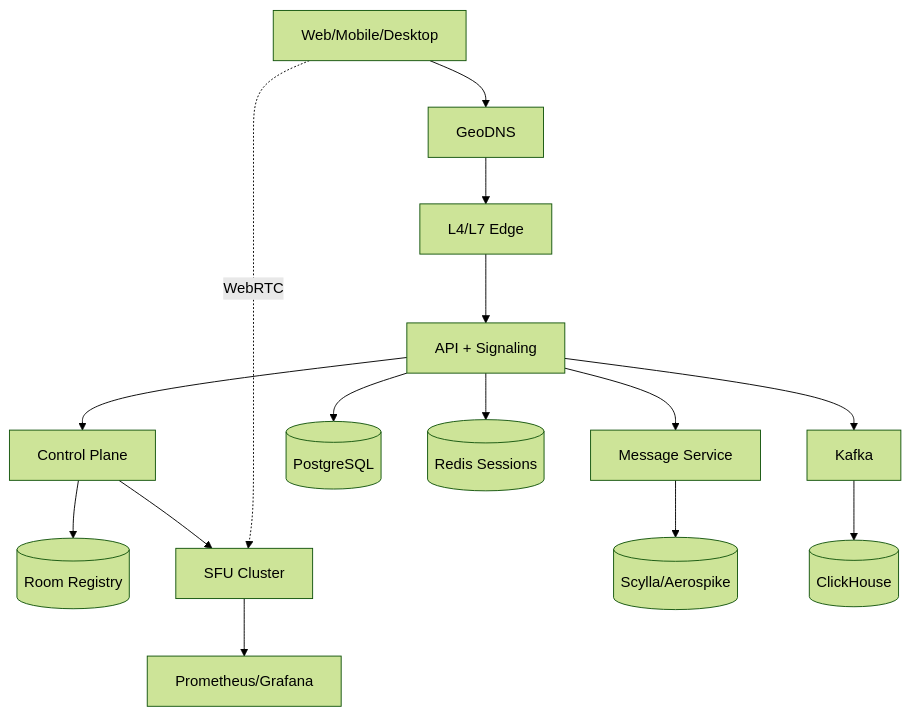
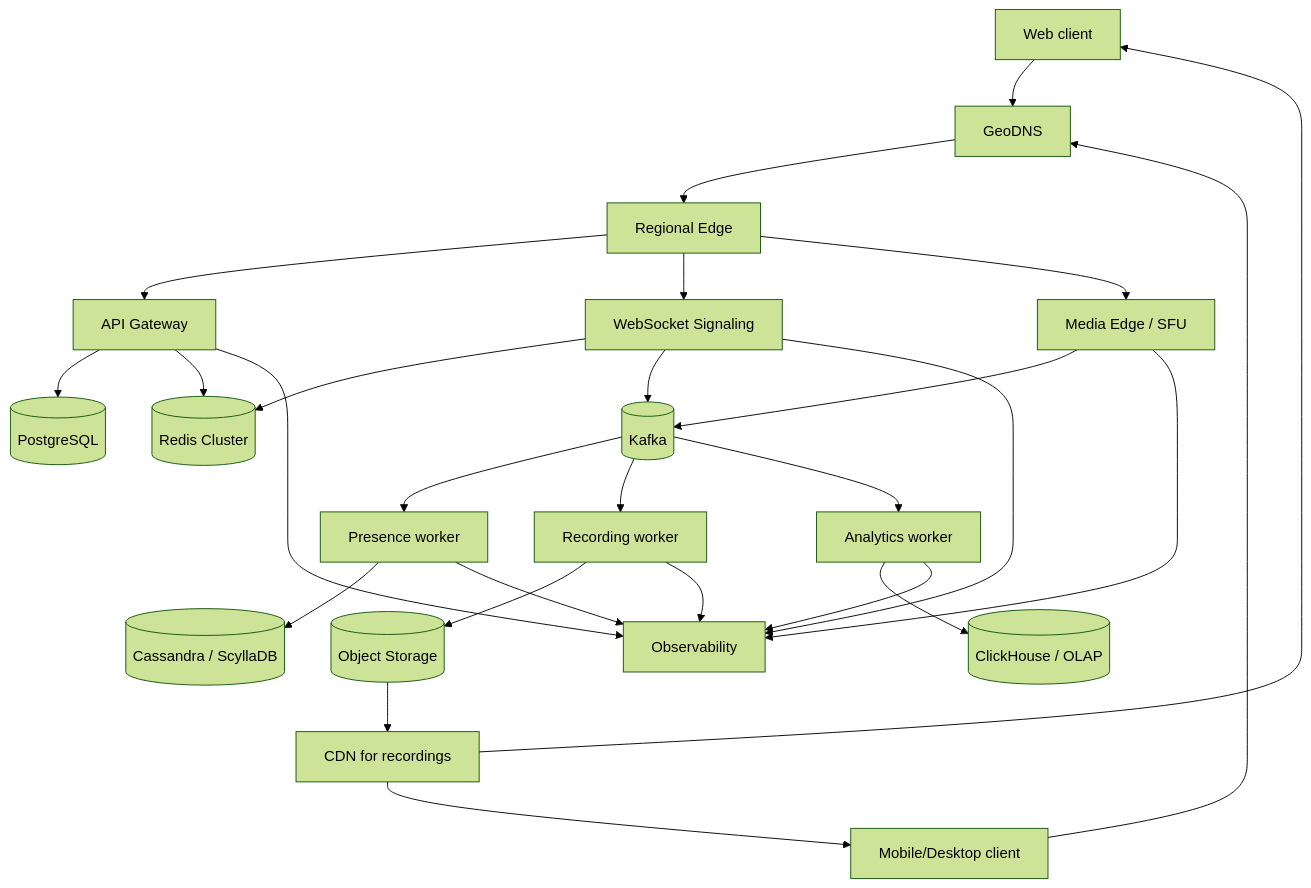
One commit to Danykrane/system_design changed the sixth of 6 diagrams in README.md. Above: the diagram before and after it, drawn with Mermaid (forest theme). The commit also changed other lines of this file and 19 other files, not shown here.

````diff
--- a/README.md
+++ b/README.md
@@ -261,17 +720,35 @@
 ```mermaid
 graph TB
-    U[Web/Mobile/Desktop] --> DNS[GeoDNS]
-    DNS --> EDGE[L4/L7 Edge]
-    EDGE --> API[API + Signaling]
-    API --> CP[Control Plane]
-    CP --> REG[(Room Registry)]
-    CP --> SFU[SFU Cluster]
-    U -. WebRTC .-> SFU
-    API --> MSG[Message Service]
-    MSG --> MSGDB[(Scylla/Aerospike)]
-    API --> PG[(PostgreSQL)]
-    API --> SES[(Redis Sessions)]
-    API --> KFK[Kafka]
-    KFK --> CH[(ClickHouse)]
-    SFU --> OBS[Prometheus/Grafana]
+    WEB["Web client"] --> DNS["GeoDNS"]
+    MOB["Mobile/Desktop client"] --> DNS
+
+    DNS --> EDGE["Regional Edge"]
+    EDGE --> API["API Gateway"]
+    EDGE --> WS["WebSocket Signaling"]
+    EDGE --> MEDIA["Media Edge / SFU"]
+
+    API --> PG[("PostgreSQL")]
+    API --> REDIS[("Redis Cluster")]
+    WS --> REDIS
+    WS --> KAFKA[("Kafka")]
+    MEDIA --> KAFKA
+
+    KAFKA --> WORKER1["Presence worker"]
+    KAFKA --> WORKER2["Recording worker"]
+    KAFKA --> WORKER3["Analytics worker"]
+
+    WORKER1 --> CASS[("Cassandra / ScyllaDB")]
+    WORKER2 --> S3[("Object Storage")]
+    WORKER3 --> OLAP[("ClickHouse / OLAP")]
+
+    S3 --> CDN["CDN for recordings"]
+    CDN --> WEB
+    CDN --> MOB
+
+    API --> OBS["Observability"]
+    WS --> OBS
+    MEDIA --> OBS
+    WORKER1 --> OBS
+    WORKER2 --> OBS
+    WORKER3 --> OBS
 ```
````
